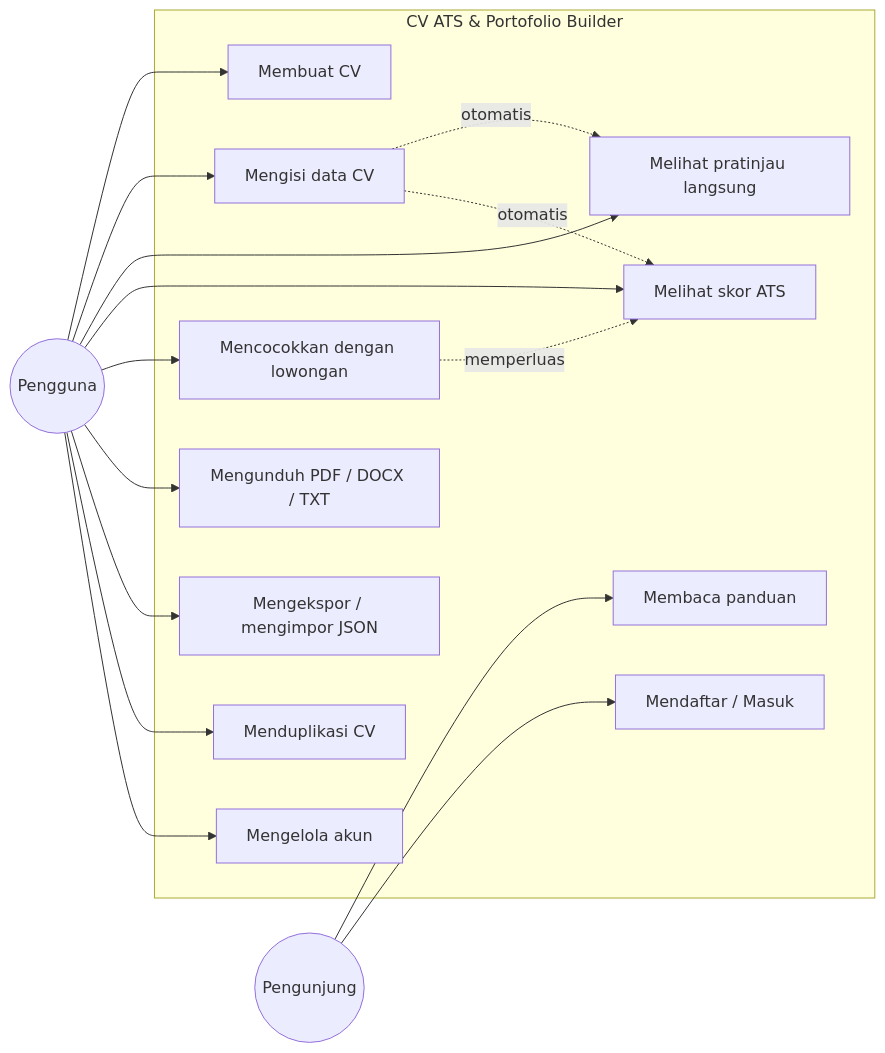
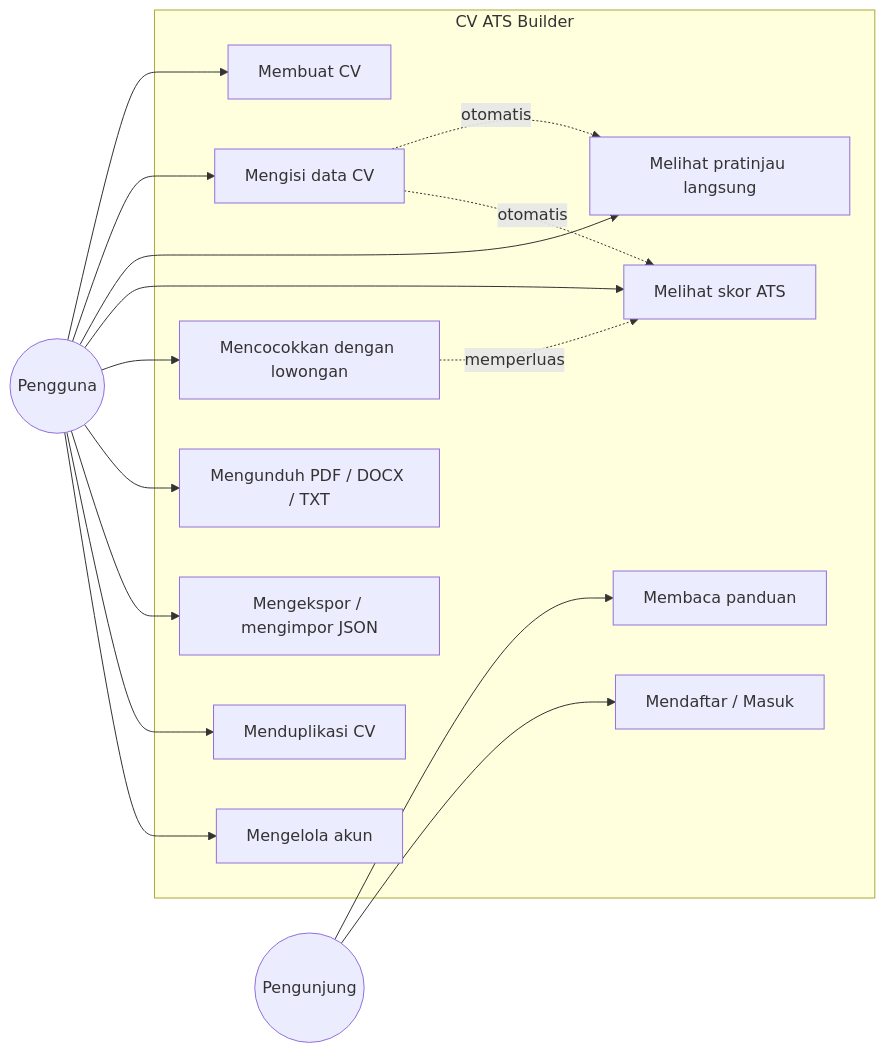
One commit to Zaky-Data-Science/cv-ats-builder changed the second of 5 diagrams in docs/dokumentasi-teknis.md. Above: the diagram before and after it, drawn with Mermaid. The commit also changed other lines of this file and 116 other files, not shown here.

````diff
--- a/docs/dokumentasi-teknis.md
+++ b/docs/dokumentasi-teknis.md
@@ -119,35 +82,35 @@
 ```mermaid
 flowchart LR
     P((Pengguna))
     T((Pengunjung))
 
-    subgraph Sistem["CV ATS & Portofolio Builder"]
+    subgraph Sistem["CV ATS Builder"]
         U1[Mendaftar / Masuk]
         U2[Membuat CV]
         U3[Mengisi data CV]
         U4[Melihat pratinjau langsung]
         U5[Melihat skor ATS]
         U6[Mencocokkan dengan lowongan]
         U7[Mengunduh PDF / DOCX / TXT]
         U8[Mengekspor / mengimpor JSON]
         U9[Menduplikasi CV]
         U10[Mengelola akun]
         U11[Membaca panduan]
     end
 
     T --> U11
     T --> U1
     P --> U2
     P --> U3
     P --> U4
     P --> U5
     P --> U6
     P --> U7
     P --> U8
     P --> U9
     P --> U10
 
     U3 -. otomatis .-> U4
     U3 -. otomatis .-> U5
     U6 -. memperluas .-> U5
 ```
````
